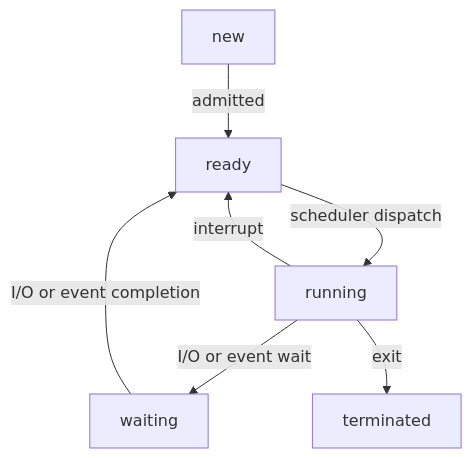
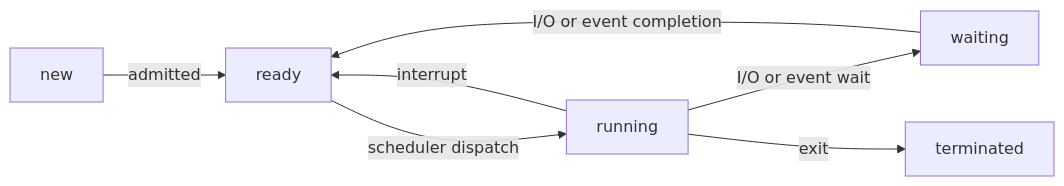
One commit to tom-pollak/notes changed the diagram in SYS2/Processes.md. Above: the diagram before and after it, drawn with Mermaid. The commit also changed other lines of this file and 24 other files, not shown here.

````diff
--- a/SYS2/Processes.md
+++ b/SYS2/Processes.md
@@ -10,9 +18,9 @@
 ```mermaid
-graph TD
+graph LR
 new -- admitted --> ready
 ready -- scheduler dispatch --> running
 running -- interrupt --> ready
 running -- I/O or event wait --> waiting
 running -- exit --> terminated
 waiting -- I/O or event completion --> ready
 ```
````
